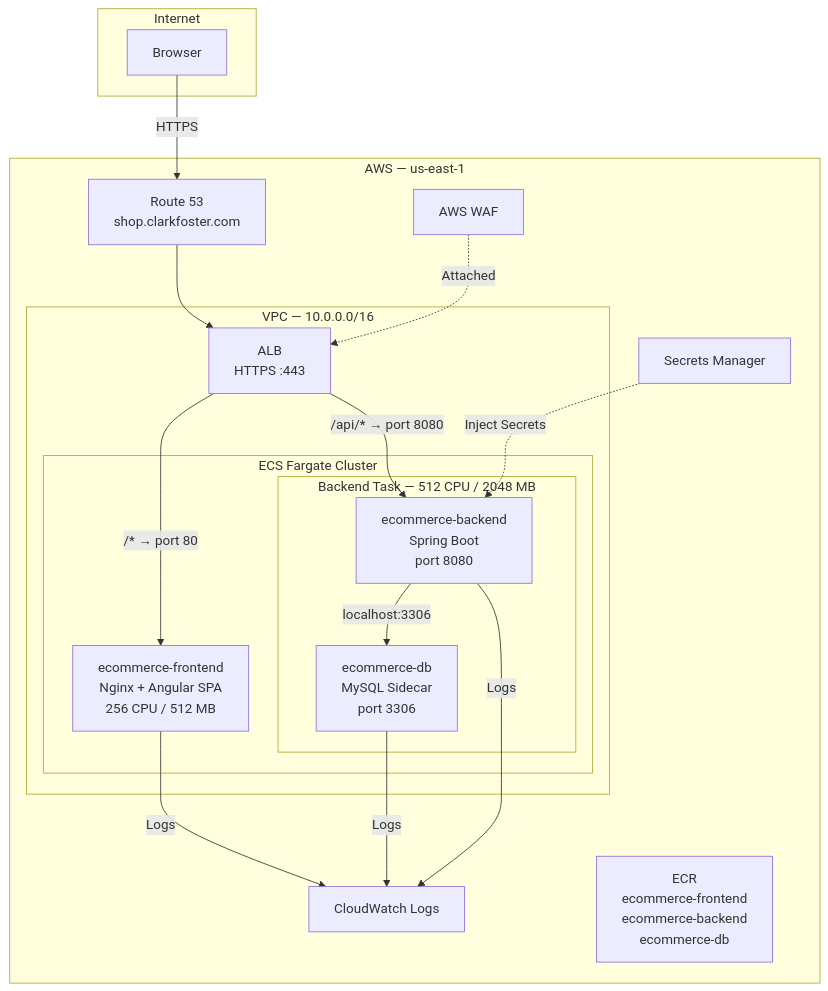
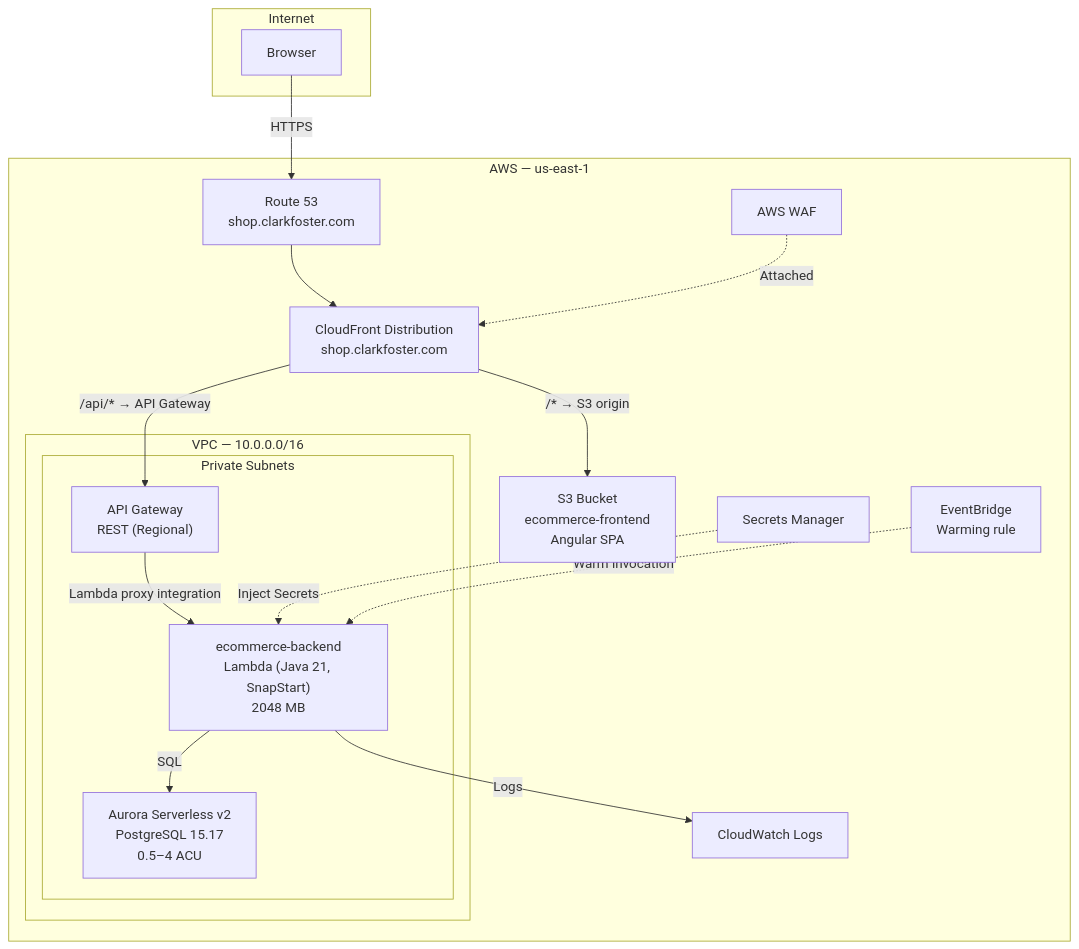
The fourth of 13 diagrams in docs/ARCHITECTURE.md (clark22134/MyPortfolioWebsite), drawn with Mermaid before and after one commit. The commit also changed other lines of this file and 96 other files, not shown here.

````diff
--- a/docs/ARCHITECTURE.md
+++ b/docs/ARCHITECTURE.md
@@ -198,39 +198,36 @@
 ```mermaid
 graph TB
     subgraph Internet
         Browser[Browser]
     end
 
     subgraph AWS["AWS — us-east-1"]
         Route53["Route 53<br/>shop.clarkfoster.com"]
         WAF["AWS WAF"]
-        
+        CF["CloudFront Distribution<br/>shop.clarkfoster.com"]
+        S3["S3 Bucket<br/>ecommerce-frontend<br/>Angular SPA"]
+
         subgraph VPC["VPC — 10.0.0.0/16"]
-            ALB["ALB<br/>HTTPS :443"]
-            
-            subgraph ECS["ECS Fargate Cluster"]
-                FE["ecommerce-frontend<br/>Nginx + Angular SPA<br/>256 CPU / 512 MB"]
-                
-                subgraph BackendTask["Backend Task — 512 CPU / 2048 MB"]
-                    BE["ecommerce-backend<br/>Spring Boot<br/>port 8080"]
-                    DB["ecommerce-db<br/>MySQL Sidecar<br/>port 3306"]
-                end
+            subgraph Private["Private Subnets"]
+                APIGW["API Gateway<br/>REST (Regional)"]
+                Lambda["ecommerce-backend<br/>Lambda (Java 21, SnapStart)<br/>2048 MB"]
+                Aurora["Aurora Serverless v2<br/>PostgreSQL 15.17<br/>0.5–4 ACU"]
             end
         end
 
         SM["Secrets Manager"]
         CW["CloudWatch Logs"]
-        ECR["ECR<br/>ecommerce-frontend<br/>ecommerce-backend<br/>ecommerce-db"]
+        EB["EventBridge<br/>Warming rule"]
     end
 
     Browser -->|HTTPS| Route53
-    Route53 --> ALB
-    WAF -.->|Attached| ALB
-    ALB -->|"/* → port 80"| FE
-    ALB -->|"/api/* → port 8080"| BE
-    BE -->|"localhost:3306"| DB
-    SM -.->|Inject Secrets| BE
-    BE -->|Logs| CW
-    FE -->|Logs| CW
-    DB -->|Logs| CW
+    Route53 --> CF
+    WAF -.->|Attached| CF
+    CF -->|"/* → S3 origin"| S3
+    CF -->|"/api/* → API Gateway"| APIGW
+    APIGW -->|Lambda proxy integration| Lambda
+    Lambda -->|SQL| Aurora
+    SM -.->|Inject Secrets| Lambda
+    Lambda -->|Logs| CW
+    EB -.->|Warm invocation| Lambda
 ```
````
